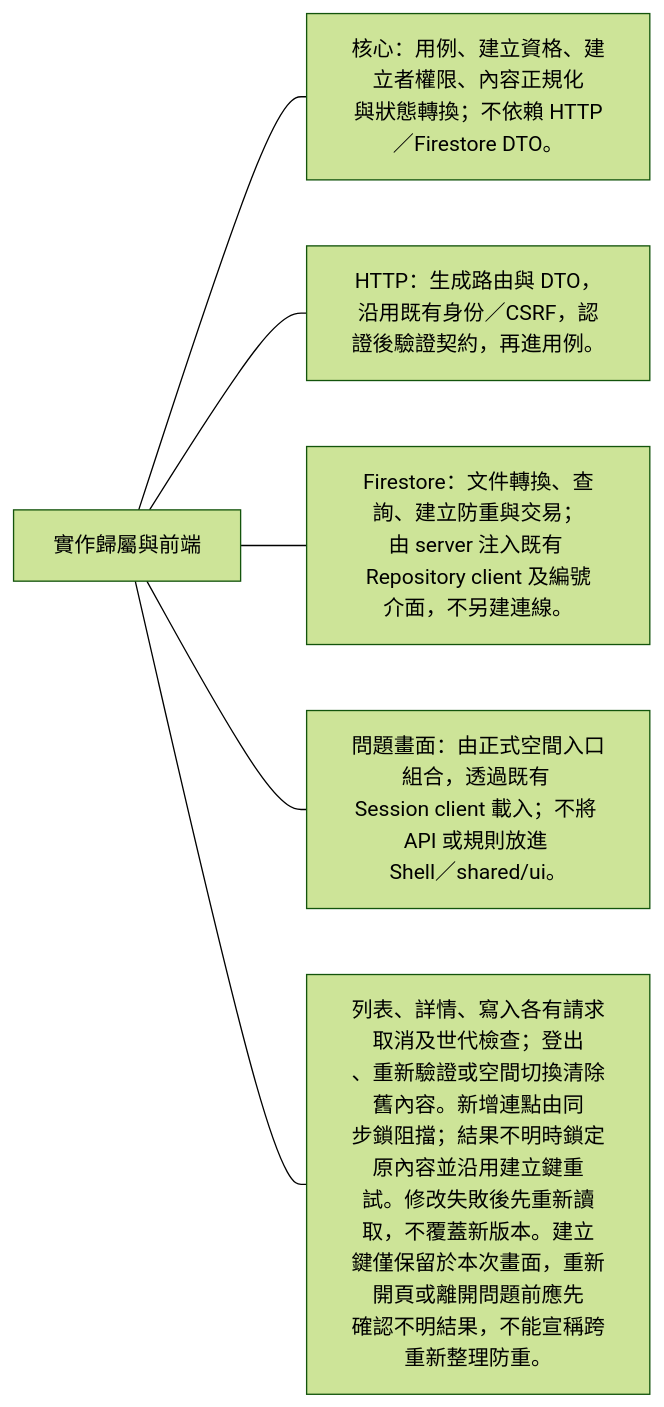
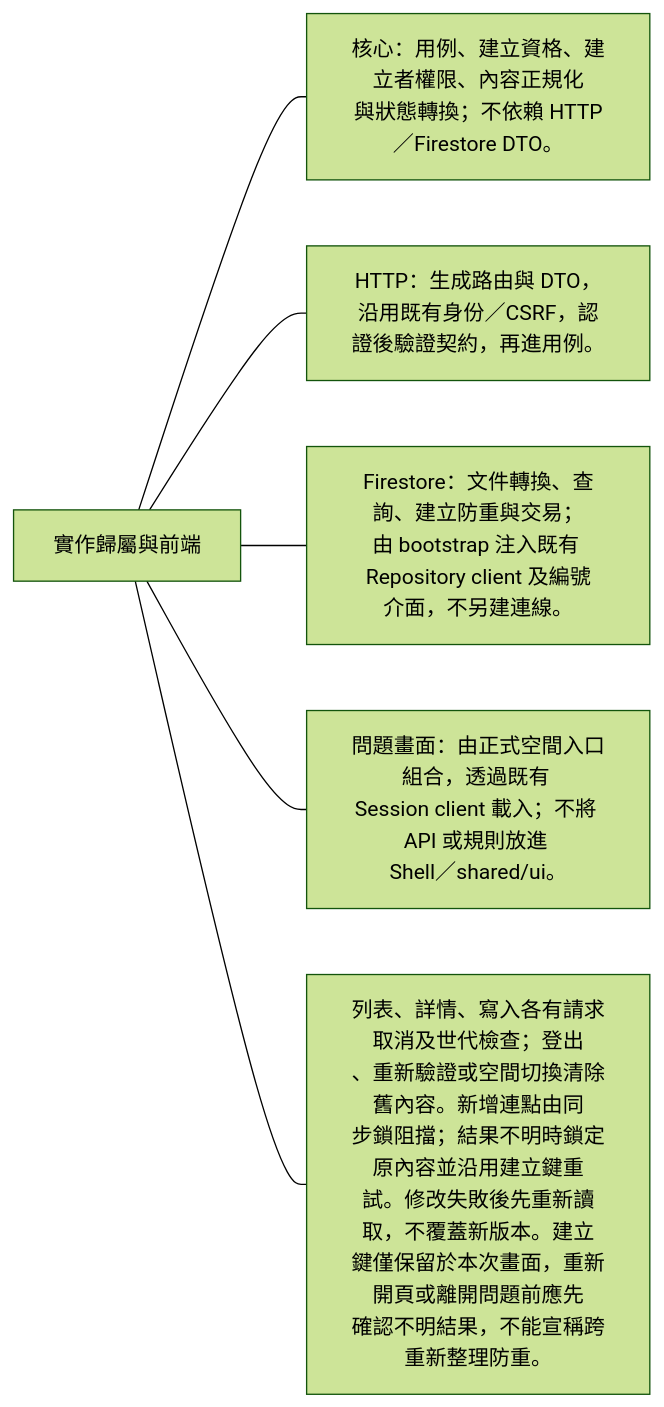
The fifth of 6 diagrams in docs/domains/repository/issues.md (963sup/line-mini-app-bot), drawn with Mermaid (forest theme) before and after one commit. The commit also changed 154 other files, not shown here.

````diff
--- a/docs/domains/repository/issues.md
+++ b/docs/domains/repository/issues.md
@@ -68,13 +68,13 @@
 ```mermaid
 flowchart LR
   h["實作歸屬與前端"]
   h --- n0["核心：用例、建立資格、建立者權限、內容正規化<br/>與狀態轉換；不依賴 HTTP／Firestore DTO。"]
   click n0 "../../../backend/internal/business/issue/domain/entity/issue.go"
   h --- n1["HTTP：生成路由與 DTO，沿用既有身份／CSRF，認<br/>證後驗證契約，再進用例。"]
   click n1 "../../../backend/internal/business/issue/adapter/http/routes.go"
-  h --- n2["Firestore：文件轉換、查詢、建立防重與交易；<br/>由 server 注入既有 Repository client 及編號<br/>介面，不另建連線。"]
+  h --- n2["Firestore：文件轉換、查詢、建立防重與交易；<br/>由 bootstrap 注入既有 Repository client 及編號<br/>介面，不另建連線。"]
   click n2 "../../../backend/internal/business/issue/adapter/firestore/store.go"
   h --- n3["問題畫面：由正式空間入口組合，透過既有 <br/>Session client 載入；不將 API 或規則放進 <br/>Shell／shared/ui。"]
   click n3 "../../../frontend/miniapp/src/business/issue/View.tsx"
   h --- n4["列表、詳情、寫入各有請求取消及世代檢查；登出<br/>、重新驗證或空間切換清除舊內容。新增連點由同<br/>步鎖阻擋；結果不明時鎖定原內容並沿用建立鍵重<br/>試。修改失敗後先重新讀取，不覆蓋新版本。建立<br/>鍵僅保留於本次畫面，重新開頁或離開問題前應先<br/>確認不明結果，不能宣稱跨重新整理防重。"]
 ```
````
